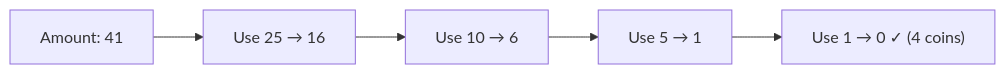
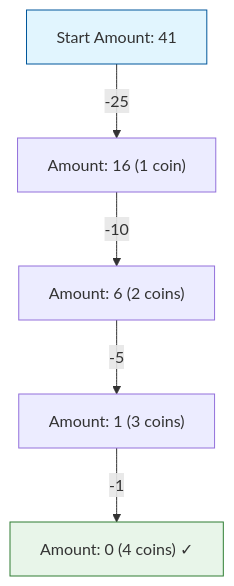
The diagram in practical_exam/q10_coin_change_greedy.md (Hike-12/CCP), drawn with Mermaid before and after one commit. The commit also changed other lines of this file and 17 other files, not shown here.

````diff
--- a/practical_exam/q10_coin_change_greedy.md
+++ b/practical_exam/q10_coin_change_greedy.md
@@ -62,7 +96,10 @@
 ```mermaid
-graph LR
-    A["Amount: 41"] --> B["Use 25 → 16"]
-    B --> C["Use 10 → 6"]
-    C --> D["Use 5 → 1"]
-    D --> E["Use 1 → 0 ✓ (4 coins)"]
+graph TD
+    A["Start Amount: 41"] -->|"-25"| B["Amount: 16 (1 coin)"]
+    B -->|"-10"| C["Amount: 6 (2 coins)"]
+    C -->|"-5"| D["Amount: 1 (3 coins)"]
+    D -->|"-1"| E["Amount: 0 (4 coins) ✓"]
+    
+    style A fill:#e1f5fe,stroke:#01579b
+    style E fill:#e8f5e9,stroke:#2e7d32
 ```
````
